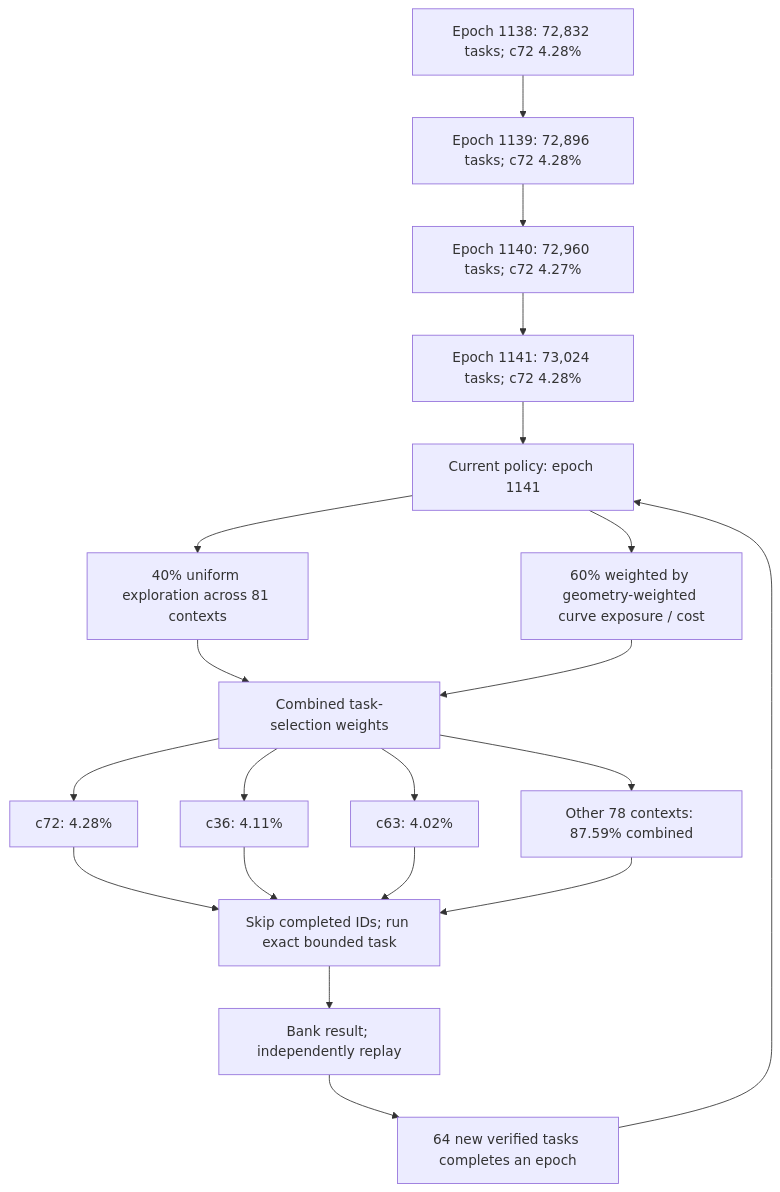
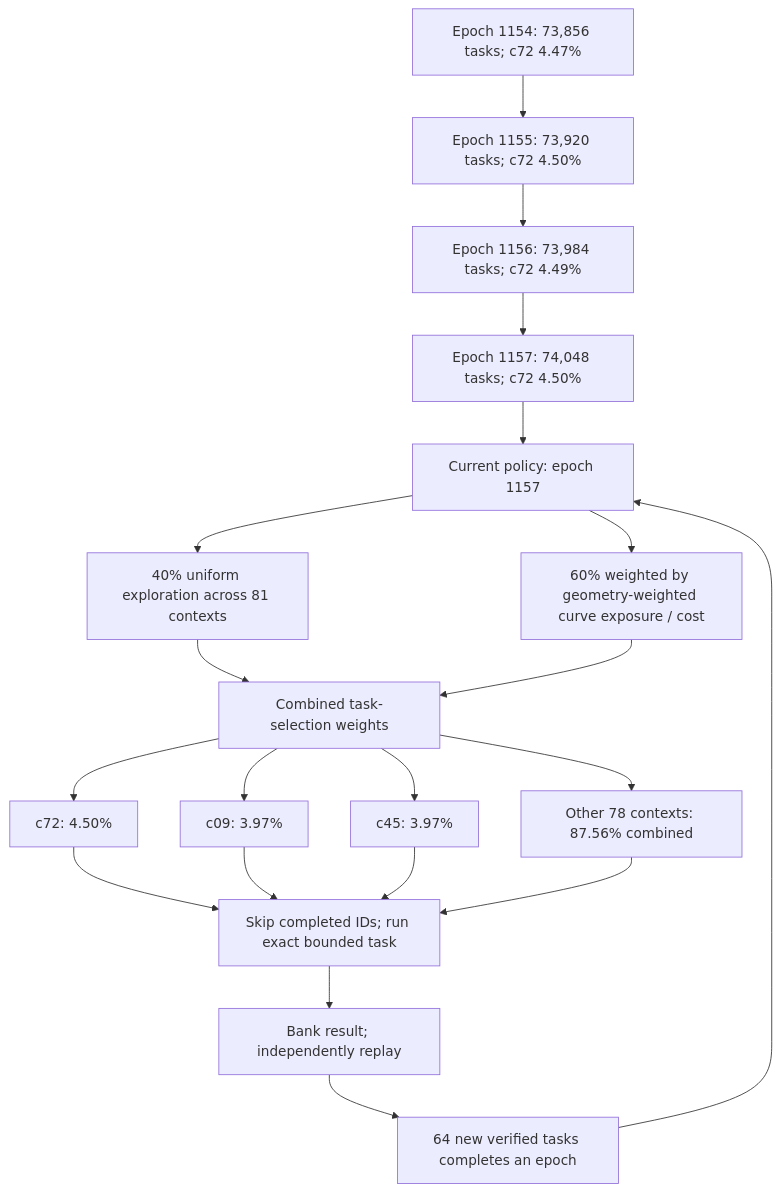
The first of 3 diagrams in README.md (Kuberwastaken/math-gambling), drawn with Mermaid before and after one commit. The commit also changed other lines of this file and 2133 other files, not shown here.

````diff
--- a/README.md
+++ b/README.md
@@ -55,27 +55,27 @@
 ```mermaid
 flowchart TD
-    H0["Epoch 1138: 72,832 tasks; c72 4.28%"]
-    H1["Epoch 1139: 72,896 tasks; c72 4.28%"]
+    H0["Epoch 1154: 73,856 tasks; c72 4.47%"]
+    H1["Epoch 1155: 73,920 tasks; c72 4.50%"]
     H0 --> H1
-    H2["Epoch 1140: 72,960 tasks; c72 4.27%"]
+    H2["Epoch 1156: 73,984 tasks; c72 4.49%"]
     H1 --> H2
-    H3["Epoch 1141: 73,024 tasks; c72 4.28%"]
+    H3["Epoch 1157: 74,048 tasks; c72 4.50%"]
     H2 --> H3
-    Policy["Current policy: epoch 1141"]
+    Policy["Current policy: epoch 1157"]
     H3 --> Policy
     Policy --> Explore["40% uniform exploration across 81 contexts"]
     Policy --> Cost["60% weighted by geometry-weighted curve exposure / cost"]
     Explore --> Mix["Combined task-selection weights"]
     Cost --> Mix
-    Mix --> C0["c72: 4.28%"]
-    Mix --> C1["c36: 4.11%"]
-    Mix --> C2["c63: 4.02%"]
-    Mix --> Rest["Other 78 contexts: 87.59% combined"]
+    Mix --> C0["c72: 4.50%"]
+    Mix --> C1["c09: 3.97%"]
+    Mix --> C2["c45: 3.97%"]
+    Mix --> Rest["Other 78 contexts: 87.56% combined"]
     C0 --> Check["Skip completed IDs; run exact bounded task"]
     C1 --> Check
     C2 --> Check
     Rest --> Check
     Check --> Replay["Bank result; independently replay"]
     Replay --> Gate["64 new verified tasks completes an epoch"]
     Gate --> Policy
 ```
````
